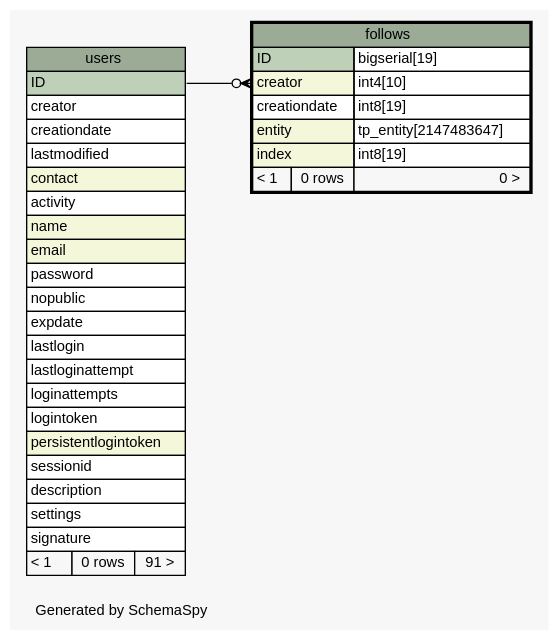
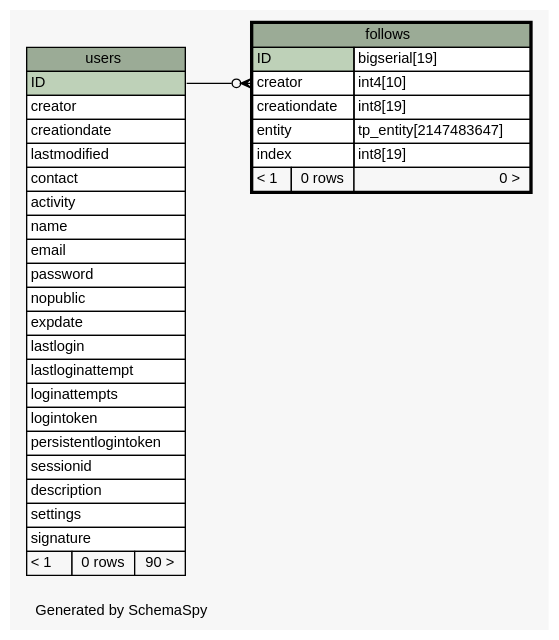
One commit to zeyosinc/zeyos-schema changed the diagram in diagrams/follows.1degree.dot. Above: the diagram before and after it, drawn with Graphviz. The commit also changed 194 other files, not shown here.

```diff
--- a/diagrams/follows.1degree.dot
+++ b/diagrams/follows.1degree.dot
@@ -1,66 +1,66 @@
-// dot 2.38.0 on Mac OS X 10.11.5
+// dot 2.40.1 on Mac OS X 10.12.5
 // SchemaSpy rev 590
 digraph "oneDegreeRelationshipsDiagram" {
   graph [
     rankdir="RL"
     bgcolor="#f7f7f7"
     label="\nGenerated by SchemaSpy"
     labeljust="l"
     nodesep="0.18"
     ranksep="0.46"
     fontname="Helvetica"
     fontsize="11"
   ];
   node [
     fontname="Helvetica"
     fontsize="11"
     shape="plaintext"
   ];
   edge [
     arrowsize="0.8"
   ];
   "follows":"creator":w -> "users":"ID":e [arrowhead=none dir=back arrowtail=crowodot];
   "follows" [
     label=<
     <TABLE BORDER="2" CELLBORDER="1" CELLSPACING="0" BGCOLOR="#ffffff">
       <TR><TD COLSPAN="3" BGCOLOR="#9bab96" ALIGN="CENTER">follows</TD></TR>
       <TR><TD PORT="ID" COLSPAN="2" BGCOLOR="#bed1b8" ALIGN="LEFT">ID</TD><TD PORT="ID.type" ALIGN="LEFT">bigserial[19]</TD></TR>
-      <TR><TD PORT="creator" COLSPAN="2" BGCOLOR="#f4f7da" ALIGN="LEFT">creator</TD><TD PORT="creator.type" ALIGN="LEFT">int4[10]</TD></TR>
+      <TR><TD PORT="creator" COLSPAN="2" ALIGN="LEFT">creator</TD><TD PORT="creator.type" ALIGN="LEFT">int4[10]</TD></TR>
       <TR><TD PORT="creationdate" COLSPAN="2" ALIGN="LEFT">creationdate</TD><TD PORT="creationdate.type" ALIGN="LEFT">int8[19]</TD></TR>
-      <TR><TD PORT="entity" COLSPAN="2" BGCOLOR="#f4f7da" ALIGN="LEFT">entity</TD><TD PORT="entity.type" ALIGN="LEFT">tp_entity[2147483647]</TD></TR>
-      <TR><TD PORT="index" COLSPAN="2" BGCOLOR="#f4f7da" ALIGN="LEFT">index</TD><TD PORT="index.type" ALIGN="LEFT">int8[19]</TD></TR>
+      <TR><TD PORT="entity" COLSPAN="2" ALIGN="LEFT">entity</TD><TD PORT="entity.type" ALIGN="LEFT">tp_entity[2147483647]</TD></TR>
+      <TR><TD PORT="index" COLSPAN="2" ALIGN="LEFT">index</TD><TD PORT="index.type" ALIGN="LEFT">int8[19]</TD></TR>
       <TR><TD ALIGN="LEFT" BGCOLOR="#f7f7f7">&lt; 1</TD><TD ALIGN="RIGHT" BGCOLOR="#f7f7f7">0 rows</TD><TD ALIGN="RIGHT" BGCOLOR="#f7f7f7">0 &gt;</TD></TR>
     </TABLE>>
     URL="follows.html"
     tooltip="follows"
   ];
   "users" [
     label=<
     <TABLE BORDER="0" CELLBORDER="1" CELLSPACING="0" BGCOLOR="#ffffff">
       <TR><TD COLSPAN="3" BGCOLOR="#9bab96" ALIGN="CENTER">users</TD></TR>
       <TR><TD PORT="ID" COLSPAN="3" BGCOLOR="#bed1b8" ALIGN="LEFT">ID</TD></TR>
       <TR><TD PORT="creator" COLSPAN="3" ALIGN="LEFT">creator</TD></TR>
       <TR><TD PORT="creationdate" COLSPAN="3" ALIGN="LEFT">creationdate</TD></TR>
       <TR><TD PORT="lastmodified" COLSPAN="3" ALIGN="LEFT">lastmodified</TD></TR>
-      <TR><TD PORT="contact" COLSPAN="3" BGCOLOR="#f4f7da" ALIGN="LEFT">contact</TD></TR>
+      <TR><TD PORT="contact" COLSPAN="3" ALIGN="LEFT">contact</TD></TR>
       <TR><TD PORT="activity" COLSPAN="3" ALIGN="LEFT">activity</TD></TR>
-      <TR><TD PORT="name" COLSPAN="3" BGCOLOR="#f4f7da" ALIGN="LEFT">name</TD></TR>
-      <TR><TD PORT="email" COLSPAN="3" BGCOLOR="#f4f7da" ALIGN="LEFT">email</TD></TR>
+      <TR><TD PORT="name" COLSPAN="3" ALIGN="LEFT">name</TD></TR>
+      <TR><TD PORT="email" COLSPAN="3" ALIGN="LEFT">email</TD></TR>
       <TR><TD PORT="password" COLSPAN="3" ALIGN="LEFT">password</TD></TR>
       <TR><TD PORT="nopublic" COLSPAN="3" ALIGN="LEFT">nopublic</TD></TR>
       <TR><TD PORT="expdate" COLSPAN="3" ALIGN="LEFT">expdate</TD></TR>
       <TR><TD PORT="lastlogin" COLSPAN="3" ALIGN="LEFT">lastlogin</TD></TR>
       <TR><TD PORT="lastloginattempt" COLSPAN="3" ALIGN="LEFT">lastloginattempt</TD></TR>
       <TR><TD PORT="loginattempts" COLSPAN="3" ALIGN="LEFT">loginattempts</TD></TR>
       <TR><TD PORT="logintoken" COLSPAN="3" ALIGN="LEFT">logintoken</TD></TR>
-      <TR><TD PORT="persistentlogintoken" COLSPAN="3" BGCOLOR="#f4f7da" ALIGN="LEFT">persistentlogintoken</TD></TR>
+      <TR><TD PORT="persistentlogintoken" COLSPAN="3" ALIGN="LEFT">persistentlogintoken</TD></TR>
       <TR><TD PORT="sessionid" COLSPAN="3" ALIGN="LEFT">sessionid</TD></TR>
       <TR><TD PORT="description" COLSPAN="3" ALIGN="LEFT">description</TD></TR>
       <TR><TD PORT="settings" COLSPAN="3" ALIGN="LEFT">settings</TD></TR>
       <TR><TD PORT="signature" COLSPAN="3" ALIGN="LEFT">signature</TD></TR>
-      <TR><TD ALIGN="LEFT" BGCOLOR="#f7f7f7">&lt; 1</TD><TD ALIGN="RIGHT" BGCOLOR="#f7f7f7">0 rows</TD><TD ALIGN="RIGHT" BGCOLOR="#f7f7f7">91 &gt;</TD></TR>
+      <TR><TD ALIGN="LEFT" BGCOLOR="#f7f7f7">&lt; 1</TD><TD ALIGN="RIGHT" BGCOLOR="#f7f7f7">0 rows</TD><TD ALIGN="RIGHT" BGCOLOR="#f7f7f7">90 &gt;</TD></TR>
     </TABLE>>
     URL="users.html"
     tooltip="users"
   ];
 }
```
